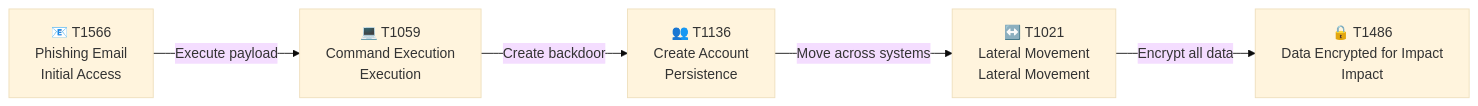
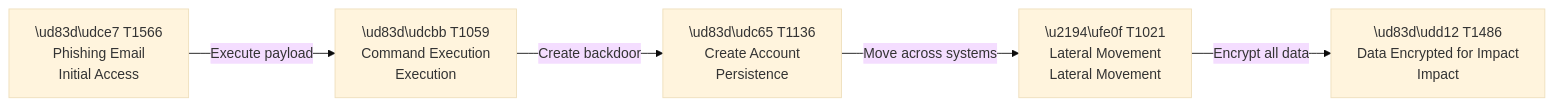
One commit to AurelienKumarathas/Complete-threat-model-for-healthcare-application changed the third of 5 diagrams in reports/analyses/mitre-mapping.md. Above: the diagram before and after it, drawn with Mermaid (base theme). The commit also changed other lines of this file, not shown here.

````diff
--- a/reports/analyses/mitre-mapping.md
+++ b/reports/analyses/mitre-mapping.md
@@ -140,7 +150,7 @@
 ```mermaid
 flowchart LR
-    A["📧 T1566\nPhishing Email\nInitial Access"] -->|Execute payload| B["💻 T1059\nCommand Execution\nExecution"]
-    B -->|Create backdoor| C["👥 T1136\nCreate Account\nPersistence"]
-    C -->|Move across systems| D["↔️ T1021\nLateral Movement\nLateral Movement"]
-    D -->|Encrypt all data| E["🔒 T1486\nData Encrypted for Impact\nImpact"]
+    A["\ud83d\udce7 T1566\nPhishing Email\nInitial Access"] -->|Execute payload| B["\ud83d\udcbb T1059\nCommand Execution\nExecution"]
+    B -->|Create backdoor| C["\ud83d\udc65 T1136\nCreate Account\nPersistence"]
+    C -->|Move across systems| D["\u2194\ufe0f T1021\nLateral Movement\nLateral Movement"]
+    D -->|Encrypt all data| E["\ud83d\udd12 T1486\nData Encrypted for Impact\nImpact"]
 ```
````
